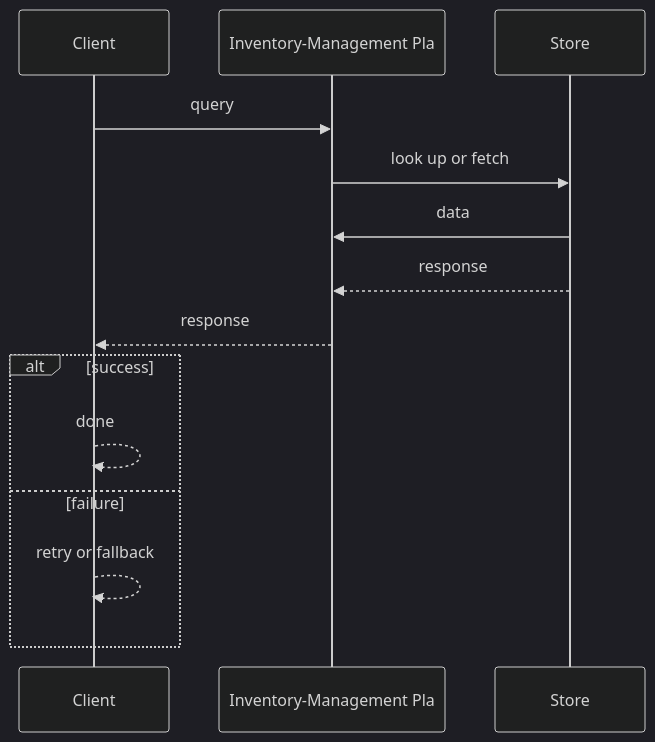
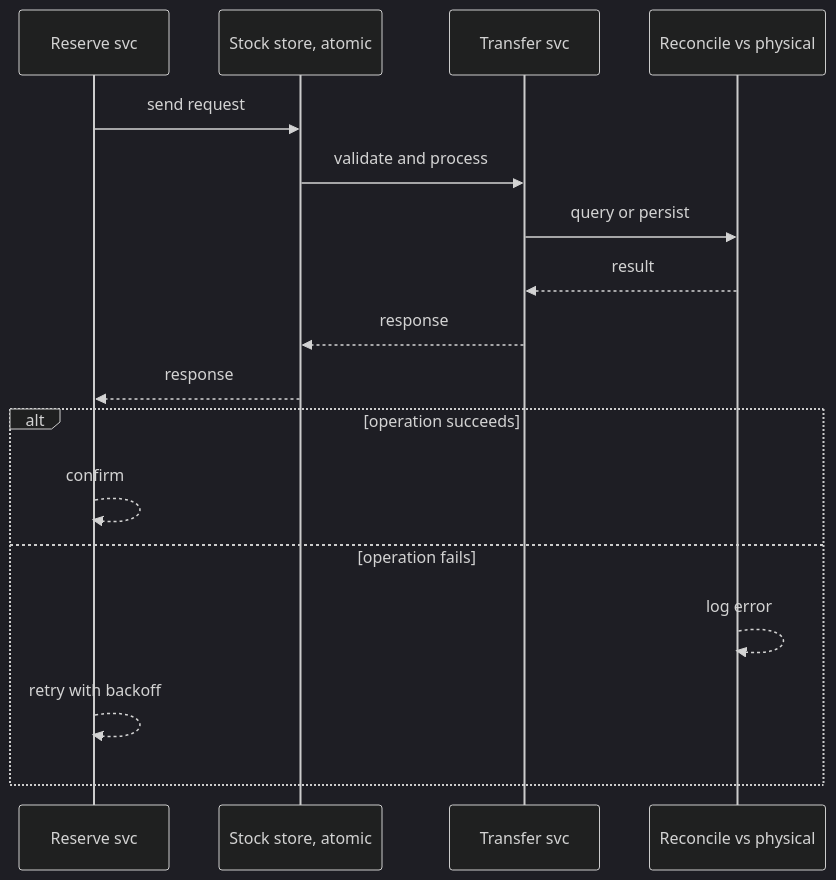
Before and after one commit to RIT-MESH/system-design-mastery: the second of 4 diagrams in case-studies/advanced/inventory-management.md, drawn with Mermaid (dark theme). The commit also changed other lines of this file and 64 other files, not shown here.

````diff
--- a/case-studies/advanced/inventory-management.md
+++ b/case-studies/advanced/inventory-management.md
@@ -78,17 +67,20 @@
 ```mermaid
 %% created-for: system-design-mastery
 sequenceDiagram
-  participant P0 as Client
-  participant P1 as Inventory-Management Pla
-  participant P2 as Store
-  P0 ->> P1: query
-  P1 ->> P2: look up or fetch
-  P2 ->> P1: data
-  P2 -->> P1: response
-  P1 -->> P0: response
-  alt success
-    P0 -->> P0: done
-  else failure
-    P0 -->> P0: retry or fallback
+  participant C0 as Reserve svc
+  participant C1 as Stock store, atomic
+  participant C2 as Transfer svc
+  participant C3 as Reconcile vs physical
+  C0 ->> C1: send request
+  C1 ->> C2: validate and process
+  C2 ->> C3: query or persist
+  C3 -->> C2: result
+  C2 -->> C1: response
+  C1 -->> C0: response
+  alt operation succeeds
+    C0 -->> C0: confirm
+  else operation fails
+    C3 -->> C3: log error
+    C0 -->> C0: retry with backoff
   end
 ```
````
